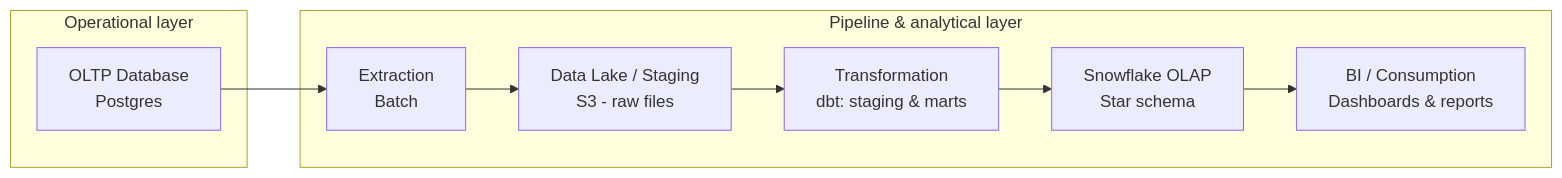
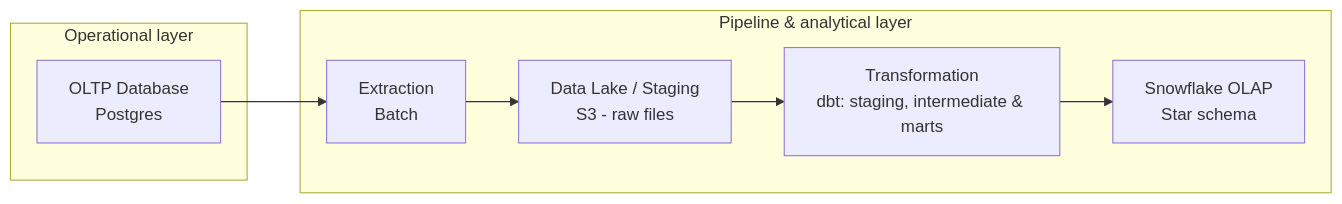
Before and after one commit to luizcavalcantx/oltp-to-olap-pipeline: the diagram in README.md, drawn with Mermaid. The commit also changed other lines of this file, not shown here.

````diff
--- a/README.md
+++ b/README.md
@@ -13,14 +13,13 @@
 ```mermaid
 flowchart LR
     subgraph op[Operational layer]
         A[OLTP Database\nPostgres]
     end
     subgraph pipeline[Pipeline & analytical layer]
         B[Extraction\nBatch]
         C[Data Lake / Staging\nS3 - raw files]
-        D[Transformation\ndbt: staging & marts]
+        D[Transformation\ndbt: staging, intermediate & marts]
         E[Snowflake OLAP\nStar schema]
-        F[BI / Consumption\nDashboards & reports]
     end
-    A --> B --> C --> D --> E --> F
+    A --> B --> C --> D --> E
 ```
````
